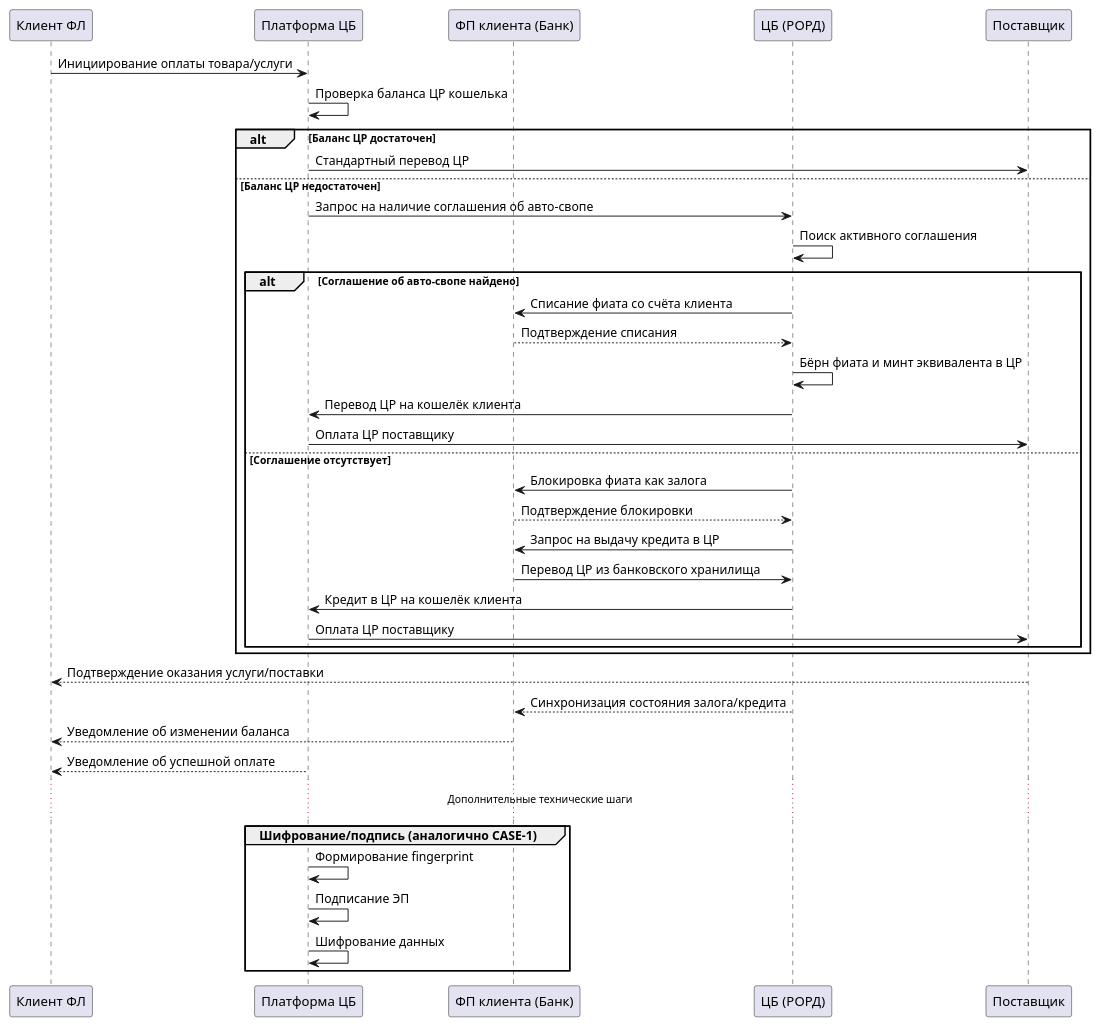
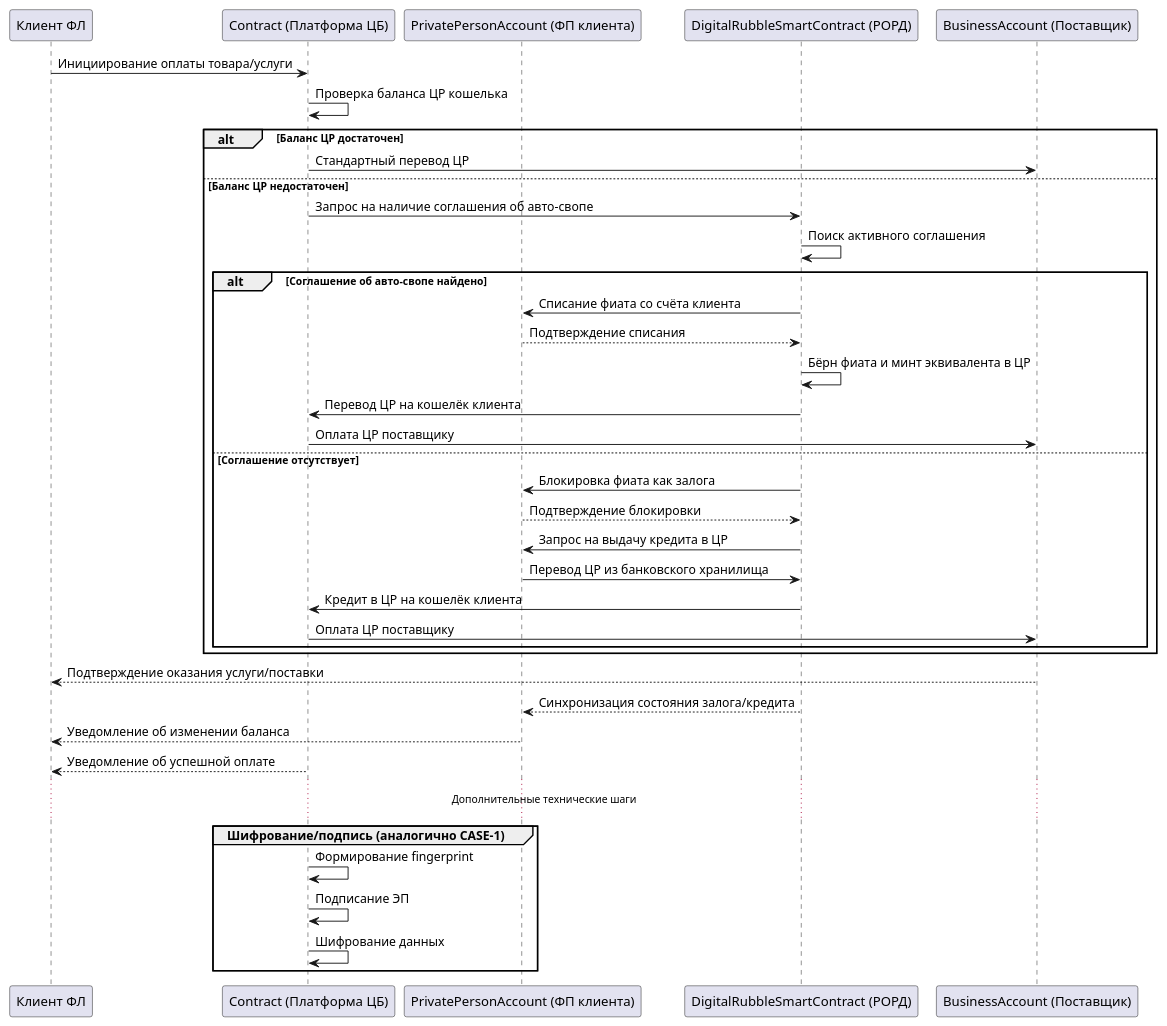
Before and after one commit to codez0mb1e/cbdc-architecture: the diagram in case2.puml, drawn with PlantUML.

```diff
--- a/case2.puml
+++ b/case2.puml
@@ -1,43 +1,43 @@
 @startuml
 participant "Клиент ФЛ" as client
-participant "Платформа ЦБ" as platform
-participant "ФП клиента (Банк)" as fp
-participant "ЦБ (РОРД)" as cb
-participant "Поставщик" as provider
+participant "Сontract (Платформа ЦБ)" as platform
+participant "PrivatePersonAccount (ФП клиента)" as fp
+participant "DigitalRubbleSmartContract (РОРД)" as cb
+participant "BusinessAccount (Поставщик)" as provider
 
 client -> platform: Инициирование оплаты товара/услуги
 platform -> platform: Проверка баланса ЦР кошелька
 alt Баланс ЦР достаточен
 platform -> provider: Стандартный перевод ЦР
 else Баланс ЦР недостаточен
 platform -> cb: Запрос на наличие соглашения об авто-свопе
 cb -> cb: Поиск активного соглашения
 alt Соглашение об авто-свопе найдено
 cb -> fp: Списание фиата со счёта клиента
 fp --> cb: Подтверждение списания
 cb -> cb: Бёрн фиата и минт эквивалента в ЦР
 cb -> platform: Перевод ЦР на кошелёк клиента
 platform -> provider: Оплата ЦР поставщику
 else Соглашение отсутствует
 cb -> fp: Блокировка фиата как залога
 fp --> cb: Подтверждение блокировки
 cb -> fp: Запрос на выдачу кредита в ЦР
 fp -> cb: Перевод ЦР из банковского хранилища
 cb -> platform: Кредит в ЦР на кошелёк клиента
 platform -> provider: Оплата ЦР поставщику
 end
 end
 
 provider --> client: Подтверждение оказания услуги/поставки
 cb --> fp: Синхронизация состояния залога/кредита
 fp --> client: Уведомление об изменении баланса
 platform --> client: Уведомление об успешной оплате
 
 ... Дополнительные технические шаги ...
 group Шифрование/подпись (аналогично CASE-1)
 platform -> platform: Формирование fingerprint
 platform -> platform: Подписание ЭП
 platform -> platform: Шифрование данных
 end
 
 @enduml
```
